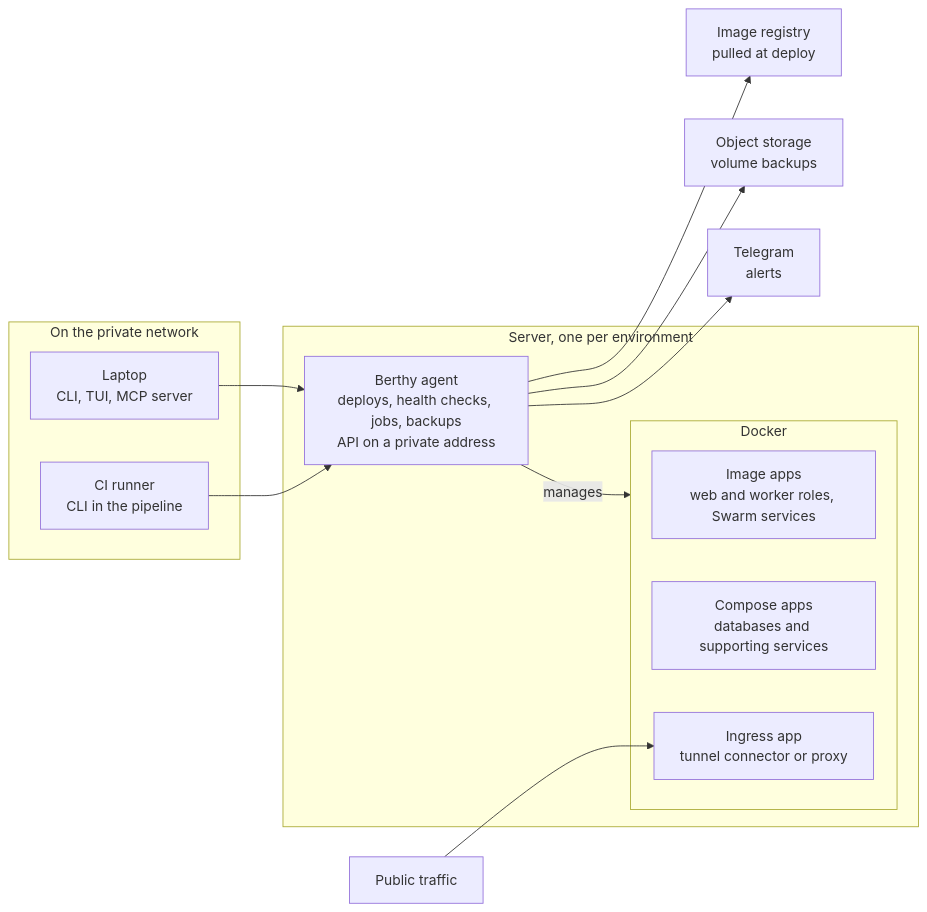
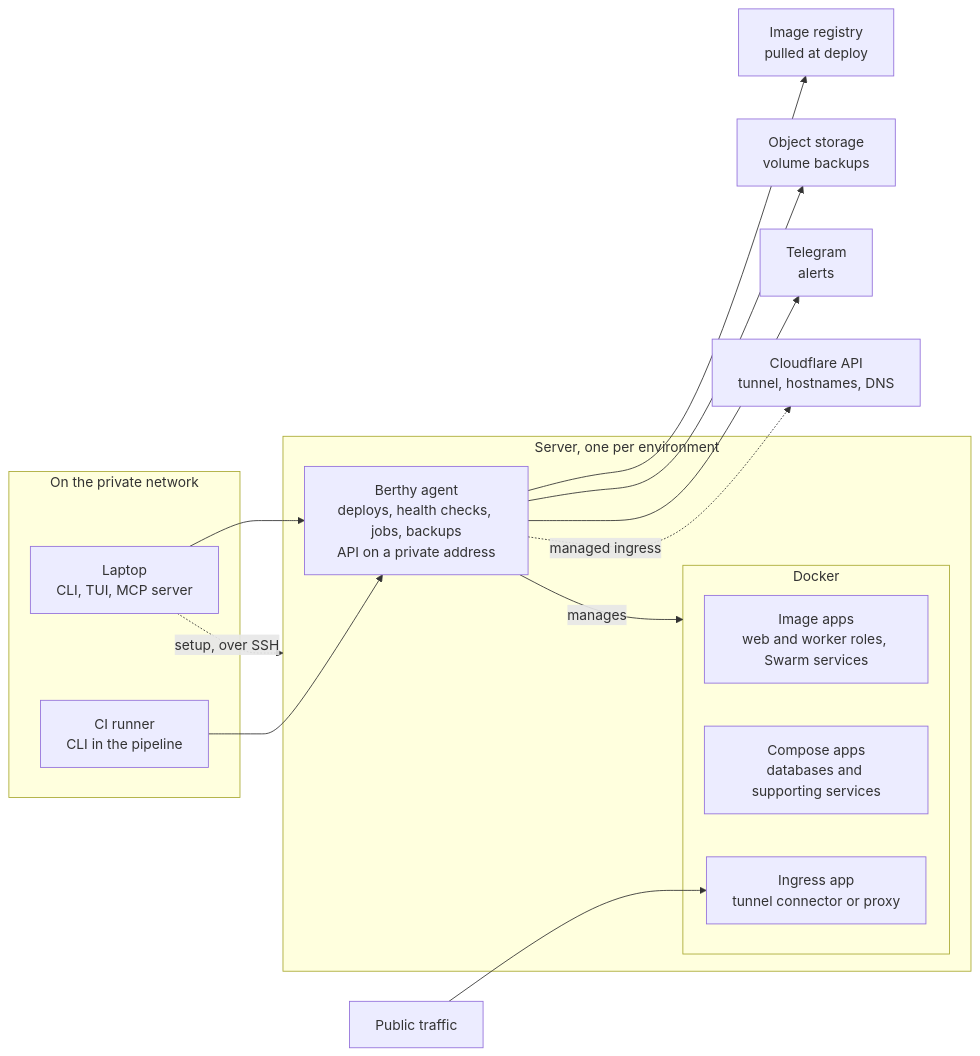
One commit to fredimachado/berthy changed the diagram in docs/spec-v1.md. Above: the diagram before and after it, drawn with Mermaid. The commit also changed other lines of this file and 1 other file, not shown here.

First line of the commit message:
Specify server setup and managed Cloudflare Tunnel ingress

````diff
--- a/docs/spec-v1.md
+++ b/docs/spec-v1.md
@@ -48,29 +51,32 @@
 ```mermaid
 flowchart LR
   subgraph private["On the private network"]
     laptop["Laptop<br/>CLI, TUI, MCP server"]
     ci["CI runner<br/>CLI in the pipeline"]
   end
 
   subgraph server["Server, one per environment"]
     agent["Berthy agent<br/>deploys, health checks, jobs, backups<br/>API on a private address"]
     subgraph docker["Docker"]
       image["Image apps<br/>web and worker roles, Swarm services"]
       compose["Compose apps<br/>databases and supporting services"]
       ingress["Ingress app<br/>tunnel connector or proxy"]
     end
   end
 
   registry["Image registry<br/>pulled at deploy"]
   storage["Object storage<br/>volume backups"]
   telegram["Telegram<br/>alerts"]
+  cloudflare["Cloudflare API<br/>tunnel, hostnames, DNS"]
   public["Public traffic"]
 
   laptop --> agent
+  laptop -. "setup, over SSH" .-> server
   ci --> agent
   agent -- manages --> docker
   agent --> registry
   agent --> storage
   agent --> telegram
+  agent -. "managed ingress" .-> cloudflare
   public --> ingress
 ```
````
